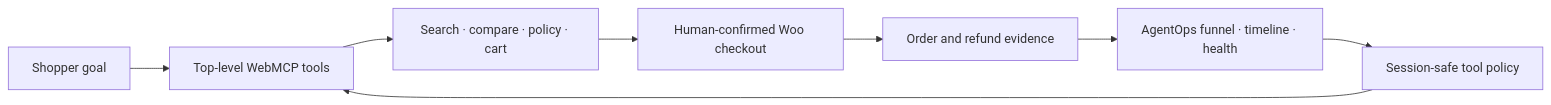
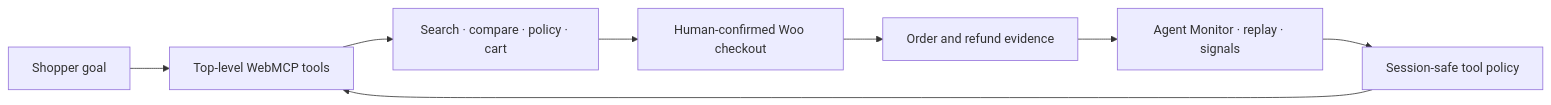
One commit to jiga/webmcp-agentSNR changed the diagram in README.md. Above: the diagram before and after it, drawn with Mermaid. The commit also changed other lines of this file and 39 other files, not shown here.

Commit message:
feat(monitor): reframe agent experience monitoring

````diff
--- a/README.md
+++ b/README.md
@@ -22,10 +24,10 @@
 ```mermaid
 flowchart LR
     A[Shopper goal] --> B[Top-level WebMCP tools]
     B --> C[Search · compare · policy · cart]
     C --> D[Human-confirmed Woo checkout]
     D --> E[Order and refund evidence]
-    E --> F[AgentOps funnel · timeline · health]
+    E --> F[Agent Monitor · replay · signals]
     F --> G[Session-safe tool policy]
     G --> B
 ```
````
